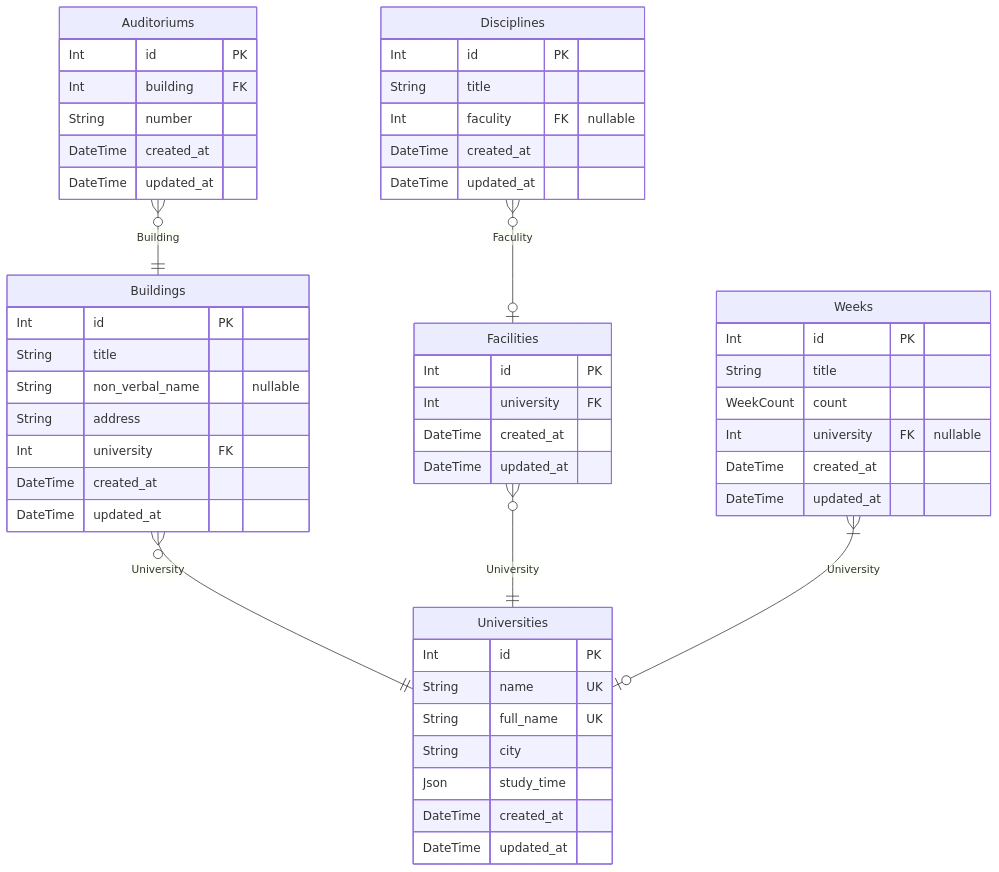
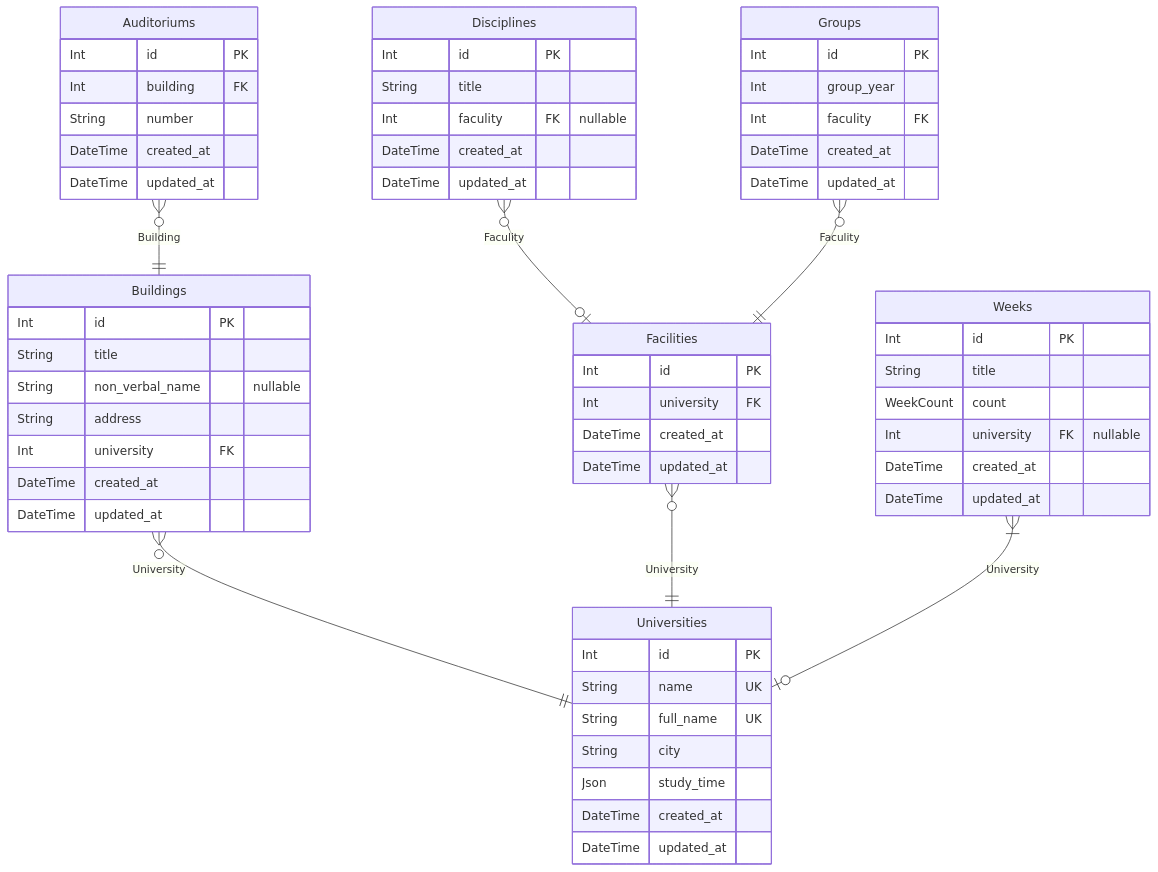
Before and after one commit to NeatDeveloper/Thodle: the first of 3 diagrams in DatabaseSchema.md, drawn with Mermaid. The commit also changed other lines of this file and 3 other files, not shown here.

Commit message:
updating the description of database schemas

````diff
--- a/DatabaseSchema.md
+++ b/DatabaseSchema.md
@@ -9,54 +9,62 @@
 ```mermaid
 erDiagram
 "Auditoriums" {
   Int id PK
   Int building FK
   String number
   DateTime created_at
   DateTime updated_at
 }
 "Buildings" {
   Int id PK
   String title
   String non_verbal_name "nullable"
   String address
   Int university FK
   DateTime created_at
   DateTime updated_at
 }
 "Disciplines" {
   Int id PK
   String title
   Int faculity FK "nullable"
   DateTime created_at
   DateTime updated_at
 }
 "Facilities" {
   Int id PK
   Int university FK
   DateTime created_at
   DateTime updated_at
 }
 "Weeks" {
   Int id PK
   String title
   WeekCount count
   Int university FK "nullable"
   DateTime created_at
   DateTime updated_at
 }
+"Groups" {
+  Int id PK
+  Int group_year
+  Int faculity FK
+  DateTime created_at
+  DateTime updated_at
+}
 "Universities" {
   Int id PK
   String name UK
   String full_name UK
   String city
   Json study_time
   DateTime created_at
   DateTime updated_at
 }
 "Auditoriums" }o--|| "Buildings" : Building
 "Buildings" }o--|| "Universities" : University
 "Disciplines" }o--o| "Facilities" : Faculity
 "Facilities" }o--|| "Universities" : University
 "Weeks" }|--o| "Universities" : University
+"Groups" }o--|| "Facilities" : Faculity
 ```
````
